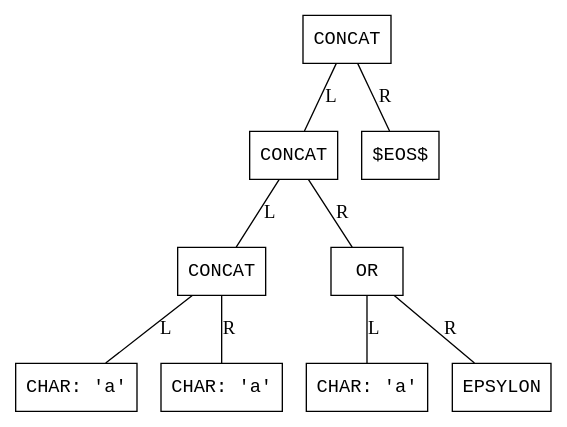
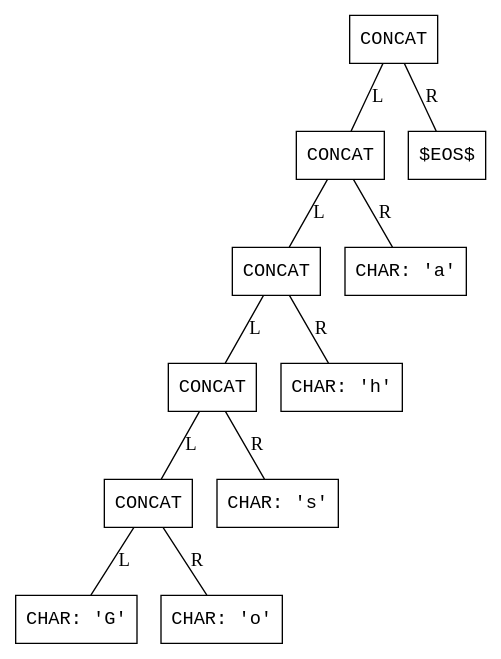
The diagram in 2/visuals/ast.dot (HotHeadd/automata25_mephi), drawn with Graphviz before and after one commit. The commit also changed 9 other files, not shown here.

```diff
--- a/2/visuals/ast.dot
+++ b/2/visuals/ast.dot
@@ -1,22 +1,26 @@
 digraph AST {
   node [shape=box, fontname="Courier"];
   edge [arrowhead=none];
 
   0 [label="CONCAT"];
   1 [label="CONCAT"];
   2 [label="CONCAT"];
-  3 [label="CHAR: 'a'"];
+  3 [label="CONCAT"];
+  4 [label="CONCAT"];
+  5 [label="CHAR: 'G'"];
+  4 -> 5 [label="L"];
+  6 [label="CHAR: 'o'"];
+  4 -> 6 [label="R"];
+  3 -> 4 [label="L"];
+  7 [label="CHAR: 's'"];
+  3 -> 7 [label="R"];
   2 -> 3 [label="L"];
-  4 [label="CHAR: 'a'"];
-  2 -> 4 [label="R"];
+  8 [label="CHAR: 'h'"];
+  2 -> 8 [label="R"];
   1 -> 2 [label="L"];
-  5 [label="OR"];
-  6 [label="CHAR: 'a'"];
-  5 -> 6 [label="L"];
-  7 [label="EPSYLON"];
-  5 -> 7 [label="R"];
-  1 -> 5 [label="R"];
+  9 [label="CHAR: 'a'"];
+  1 -> 9 [label="R"];
   0 -> 1 [label="L"];
-  8 [label="$EOS$"];
-  0 -> 8 [label="R"];
+  10 [label="$EOS$"];
+  0 -> 10 [label="R"];
 }
```
